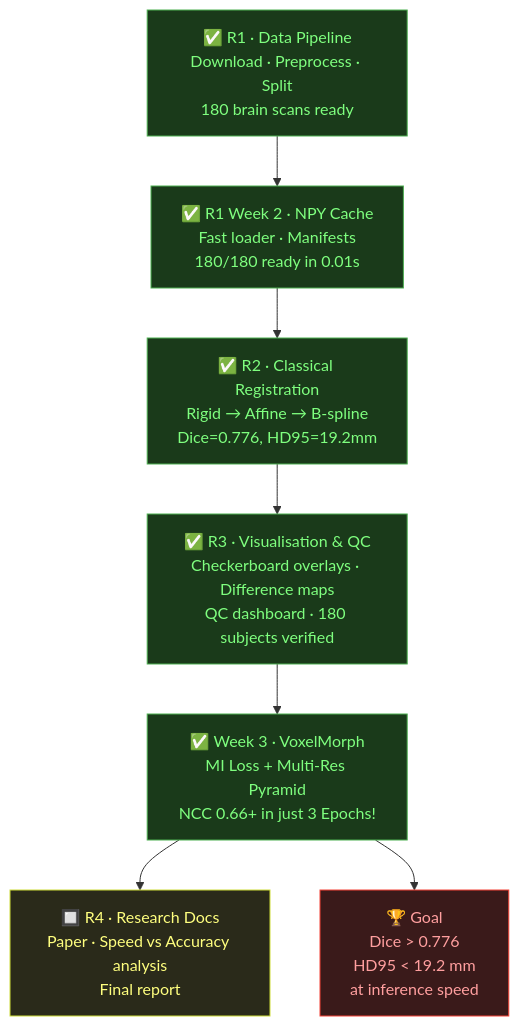
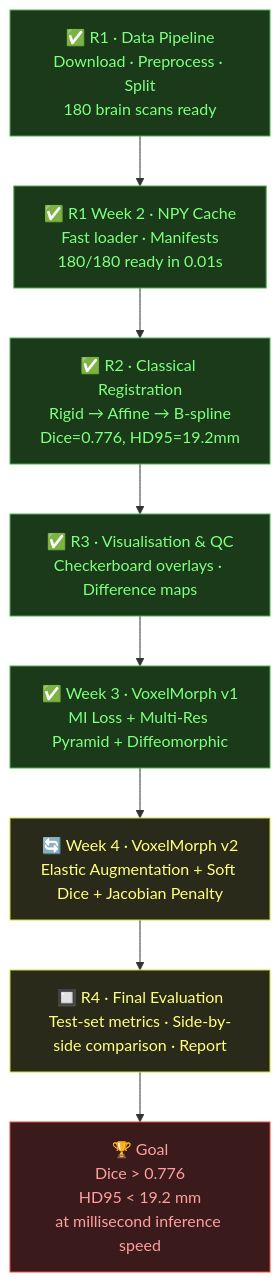
The second of 3 diagrams in README.md (SHREESHANTH99/DeepMedAlign), drawn with Mermaid before and after one commit. The commit also changed other lines of this file, not shown here.

Commit message:
docs: rewrite README with v2 architecture, Kaggle guide, loss table, and current results

````diff
--- a/README.md
+++ b/README.md
@@ -115,25 +147,22 @@
 ```mermaid
 flowchart TD
     R1["✅ R1 · Data Pipeline\nDownload · Preprocess · Split\n180 brain scans ready"]
     R1W2["✅ R1 Week 2 · NPY Cache\nFast loader · Manifests\n180/180 ready in 0.01s"]
     R2["✅ R2 · Classical Registration\nRigid → Affine → B-spline\nDice=0.776, HD95=19.2mm"]
-    R3["✅ R3 · Visualisation & QC\nCheckerboard overlays · Difference maps\nQC dashboard · 180 subjects verified"]
-    W3["✅ Week 3 · VoxelMorph\nMI Loss + Multi-Res Pyramid\nNCC 0.66+ in just 3 Epochs!"]
-    R4["🔲 R4 · Research Docs\nPaper · Speed vs Accuracy analysis\nFinal report"]
-    GOAL["🏆 Goal\nDice > 0.776\nHD95 < 19.2 mm\nat inference speed"]
+    R3["✅ R3 · Visualisation & QC\nCheckerboard overlays · Difference maps"]
+    W3["✅ Week 3 · VoxelMorph v1\nMI Loss + Multi-Res Pyramid + Diffeomorphic"]
+    W4["🔄 Week 4 · VoxelMorph v2\nElastic Augmentation + Soft Dice + Jacobian Penalty"]
+    R4["🔲 R4 · Final Evaluation\nTest-set metrics · Side-by-side comparison · Report"]
+    GOAL["🏆 Goal\nDice > 0.776\nHD95 < 19.2 mm\nat millisecond inference speed"]
 
-    R1 --> R1W2
-    R1W2 --> R2
-    R2 --> R3
-    R3 --> W3
-    W3 --> R4
-    W3 --> GOAL
+    R1 --> R1W2 --> R2 --> R3 --> W3 --> W4 --> R4 --> GOAL
 
     style R1 fill:#1a3a1a,color:#7fff7f,stroke:#4caf50
     style R1W2 fill:#1a3a1a,color:#7fff7f,stroke:#4caf50
     style R2 fill:#1a3a1a,color:#7fff7f,stroke:#4caf50
     style R3 fill:#1a3a1a,color:#7fff7f,stroke:#4caf50
     style W3 fill:#1a3a1a,color:#7fff7f,stroke:#4caf50
+    style W4 fill:#2a2a1a,color:#ffff7f,stroke:#cddc39
     style R4 fill:#2a2a1a,color:#ffff7f,stroke:#cddc39
     style GOAL fill:#3a1a1a,color:#ff9f9f,stroke:#f44336
 ```
````
